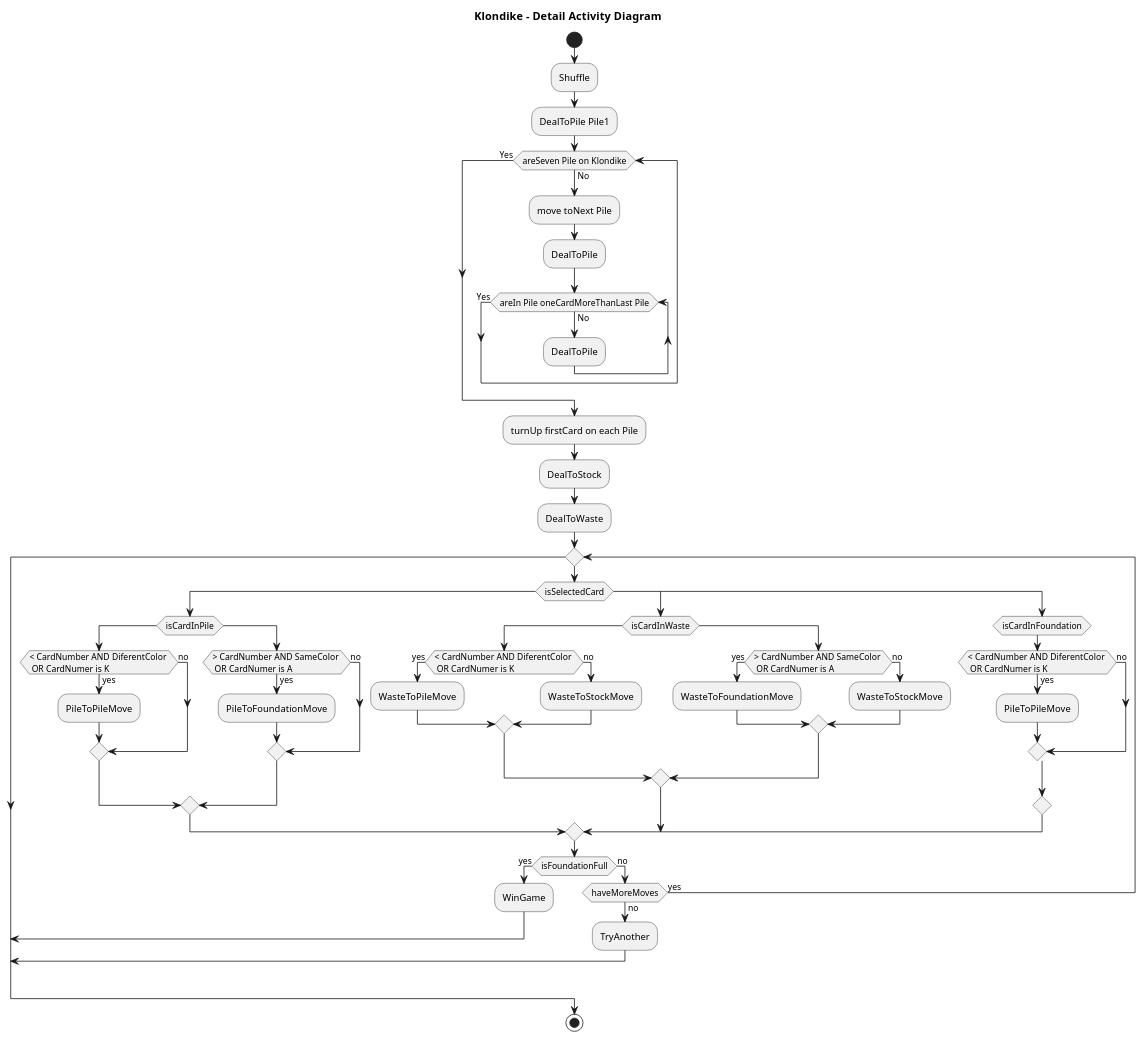
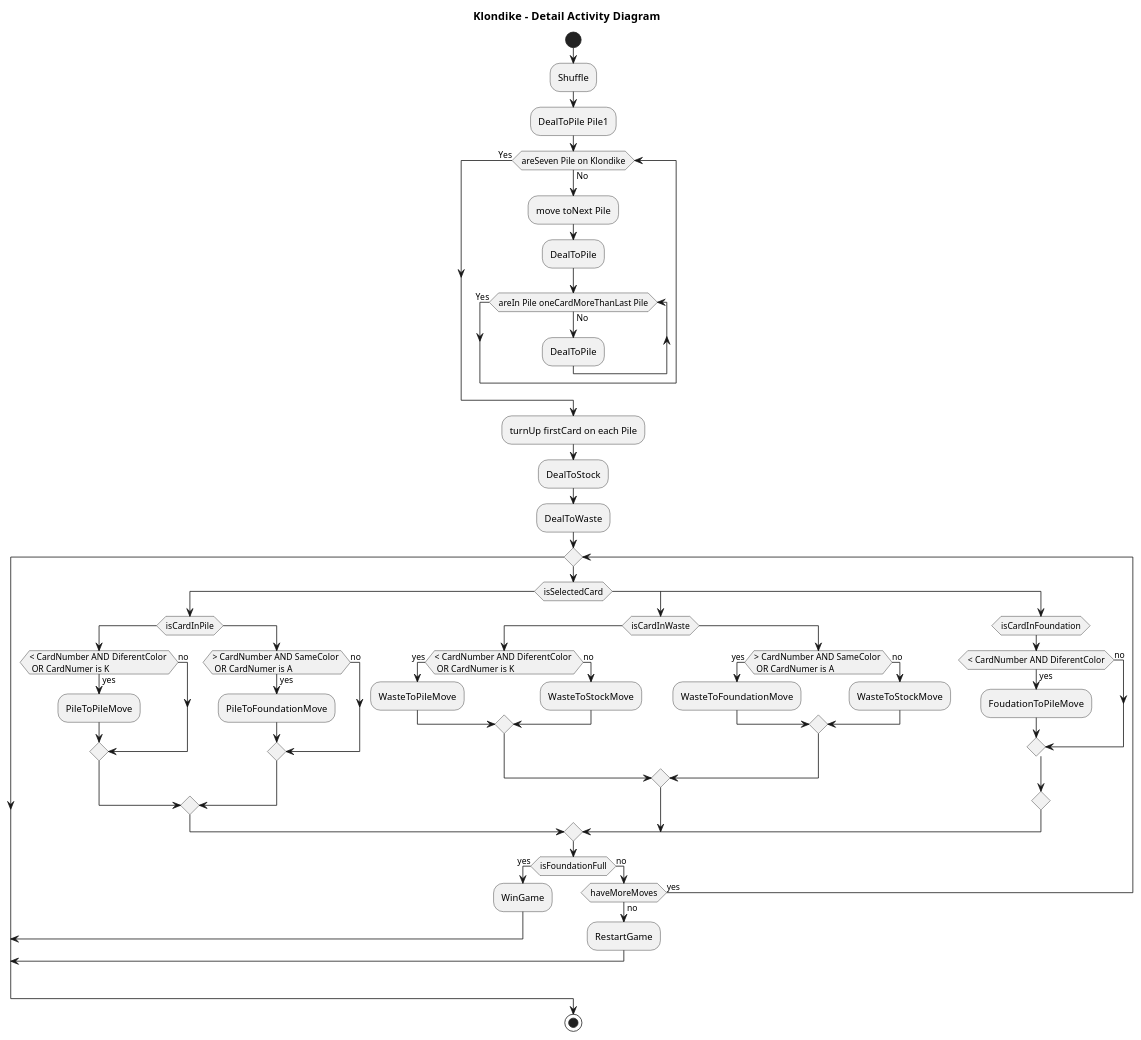
The diagram in 1 Modelo de Dominio/05_Diagrama de actividades detallado.plantuml (AngelOS95P/Maestria_IngSoftware_grupo6), drawn with PlantUML before and after one commit. The commit also changed 3 other files, not shown here.

```diff
--- a/1 Modelo de Dominio/05_Diagrama de actividades detallado.plantuml
+++ b/1 Modelo de Dominio/05_Diagrama de actividades detallado.plantuml
@@ -1,76 +1,76 @@
 @startuml DetailActivityDiagram
 title Klondike  - Detail Activity Diagram
 !pragma layout smetana
 
 start
 
 :Shuffle;
 :DealToPile Pile1;
 
 while (areSeven Pile on Klondike)  is (No)
   :move toNext Pile;
   :DealToPile;
   while (areIn Pile oneCardMoreThanLast Pile)  is (No)
     :DealToPile;
   endwhile (Yes)
 endwhile (Yes)
 
 :turnUp firstCard on each Pile;
 :DealToStock;
 :DealToWaste;
 
 while ()
   switch (isSelectedCard)
     case ()
       switch (isCardInPile)
         case ()
           if (< CardNumber AND DiferentColor \n OR CardNumer is K) then (yes)
            :PileToPileMove;
           else (no)
           endif
         case ()
           if (> CardNumber AND SameColor \n OR CardNumer is A) then (yes)
            :PileToFoundationMove;
           else (no)
           endif
       endswitch
     case ()
       switch (isCardInWaste)
         case ()
           if (< CardNumber AND DiferentColor \n OR CardNumer is K) then (yes)
            :WasteToPileMove;
           else (no)
             :WasteToStockMove;
           endif
         case ()
           if (> CardNumber AND SameColor \n OR CardNumer is A) then (yes)
            :WasteToFoundationMove;
           else (no)
             :WasteToStockMove;
           endif
       endswitch
     case ()
       switch (isCardInFoundation)
         case ()
-          if (< CardNumber AND DiferentColor \n OR CardNumer is K) then (yes)
-           :PileToPileMove;
+          if (< CardNumber AND DiferentColor) then (yes)
+           :FoudationToPileMove;
           else (no)
           endif
       endswitch
   endswitch
 
   if (isFoundationFull) then (yes)
     :WinGame;
     break;
   else (no)
     if (haveMoreMoves) then (no)
-      :TryAnother;
+      :RestartGame;
       break;
     else (yes)
     endif
   endif
 endwhile
 
 stop
 
 @enduml
```
